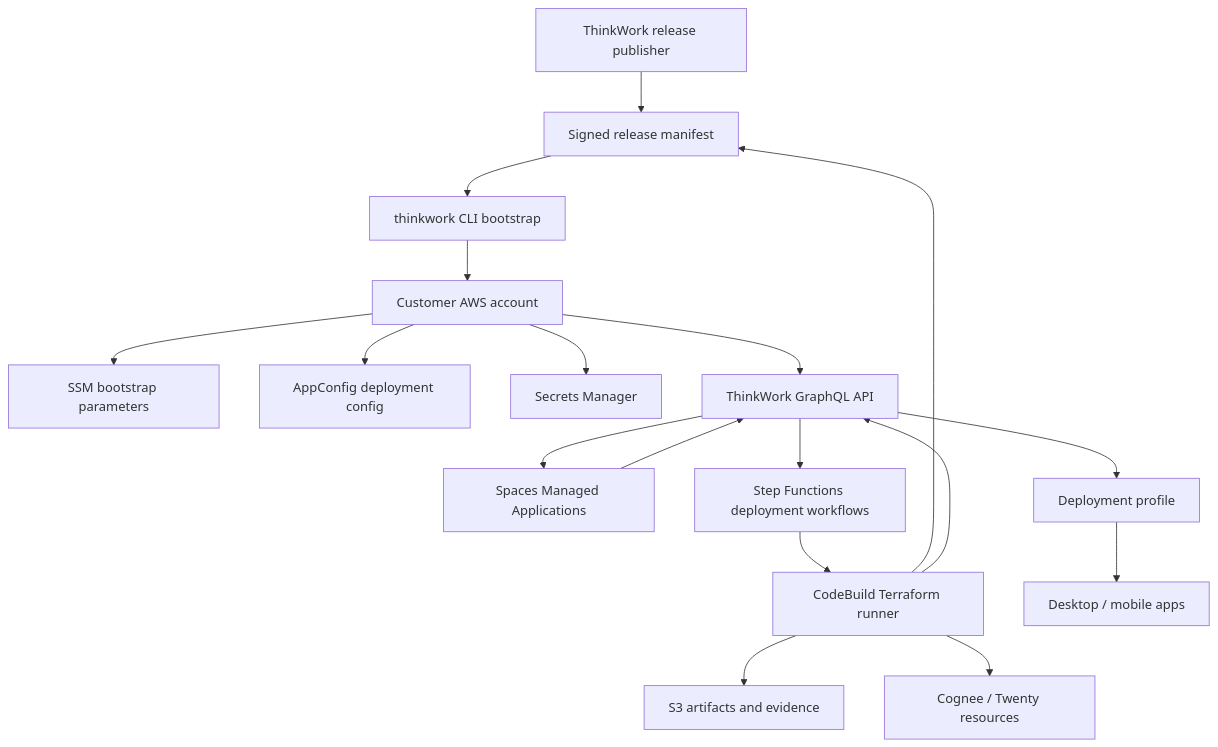
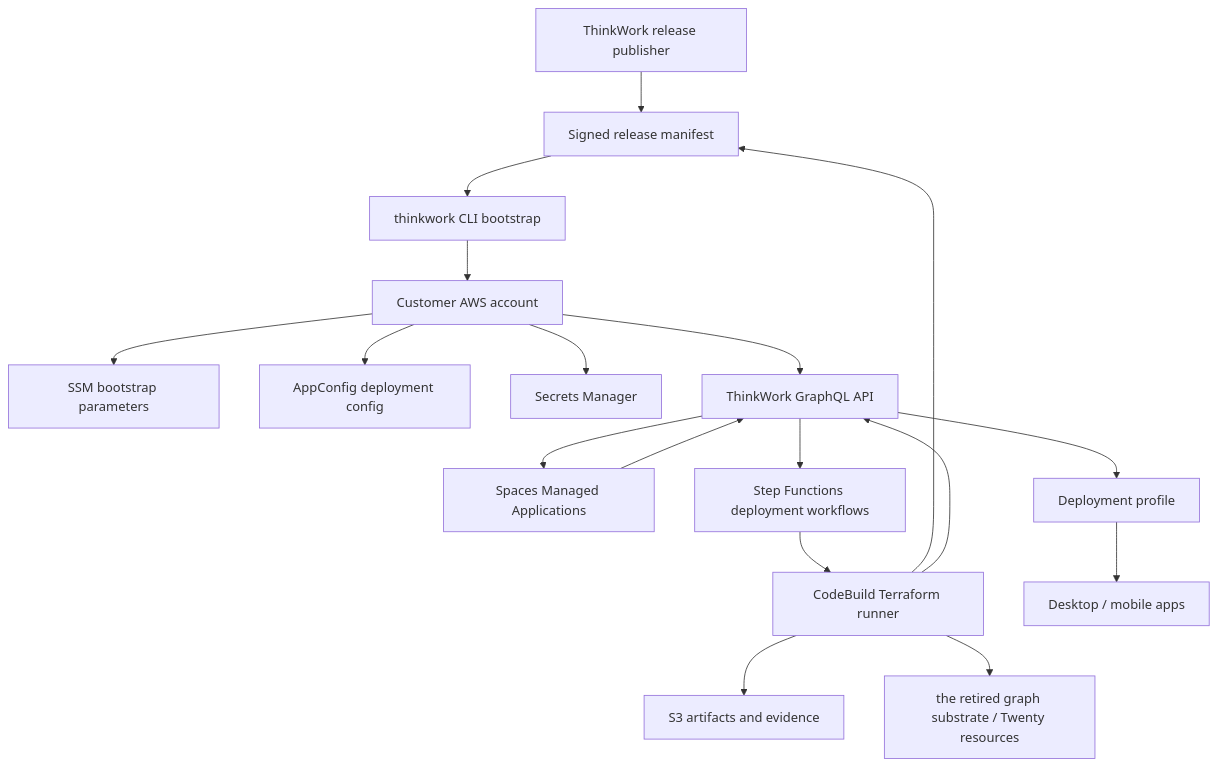
One commit to thinkwork-ai/thinkwork changed the first of 3 diagrams in docs/plans/2026-06-06-001-feat-github-free-customer-deployments-plan.md. Above: the diagram before and after it, drawn with Mermaid. The commit also changed other lines of this file and 223 other files, not shown here.

Commit message:
refactor: finish graph substrate cleanup

````diff
--- a/docs/plans/2026-06-06-001-feat-github-free-customer-deployments-plan.md
+++ b/docs/plans/2026-06-06-001-feat-github-free-customer-deployments-plan.md
@@ -398,36 +398,36 @@
 ```mermaid
 flowchart TB
   Publisher["ThinkWork release publisher"]
   Manifest["Signed release manifest"]
   CLI["thinkwork CLI bootstrap"]
   AWS["Customer AWS account"]
   SSM["SSM bootstrap parameters"]
   AppConfig["AppConfig deployment config"]
   Secrets["Secrets Manager"]
   API["ThinkWork GraphQL API"]
   Spaces["Spaces Managed Applications"]
   SFN["Step Functions deployment workflows"]
   CodeBuild["CodeBuild Terraform runner"]
   S3["S3 artifacts and evidence"]
-  Apps["Cognee / Twenty resources"]
+  Apps["the retired graph substrate / Twenty resources"]
   Clients["Desktop / mobile apps"]
   Profile["Deployment profile"]
 
   Publisher --> Manifest
   Manifest --> CLI
   CLI --> AWS
   AWS --> SSM
   AWS --> AppConfig
   AWS --> Secrets
   AWS --> API
   API --> Spaces
   Spaces --> API
   API --> SFN
   SFN --> CodeBuild
   CodeBuild --> Manifest
   CodeBuild --> S3
   CodeBuild --> Apps
   CodeBuild --> API
   API --> Profile
   Profile --> Clients
 ```
````
